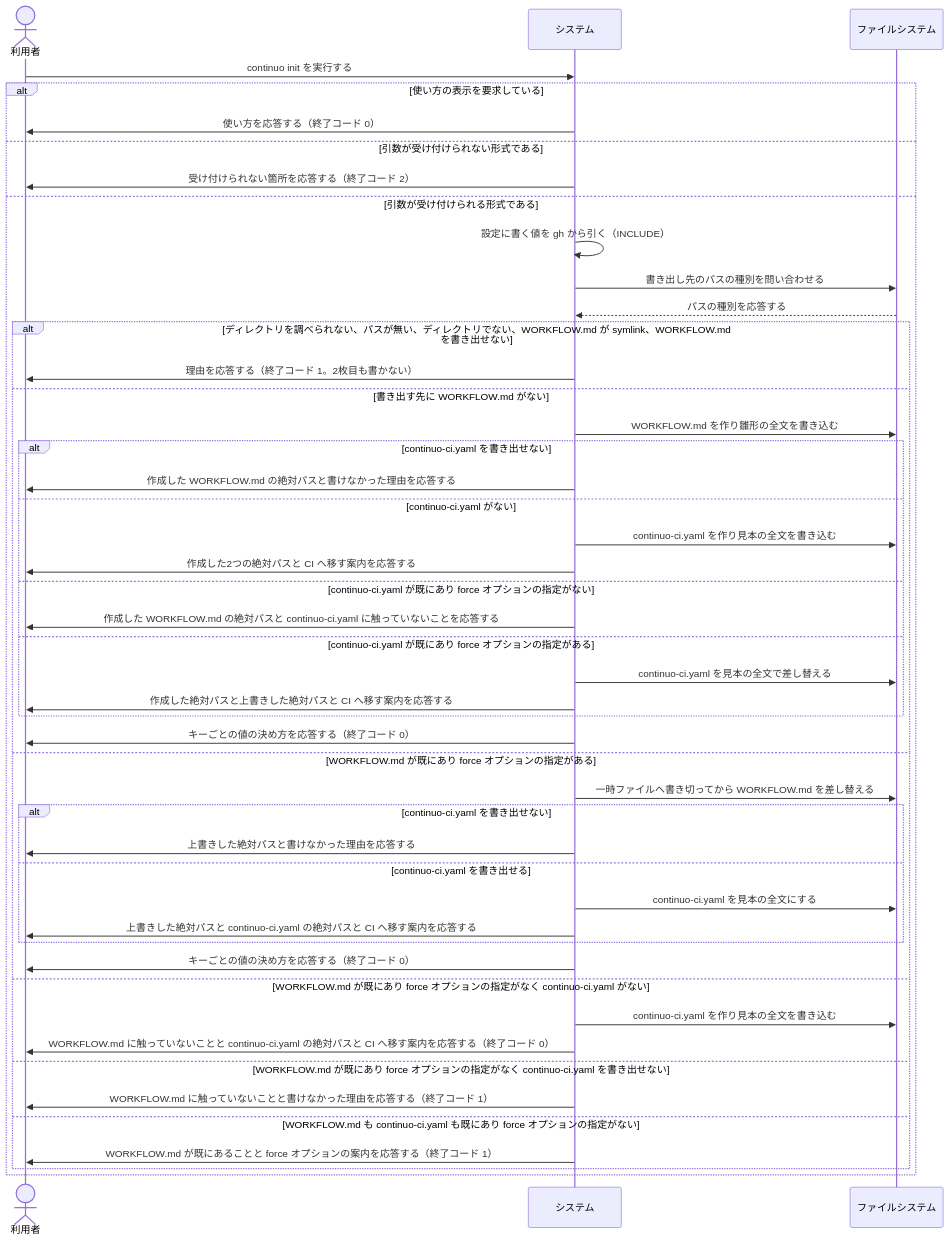
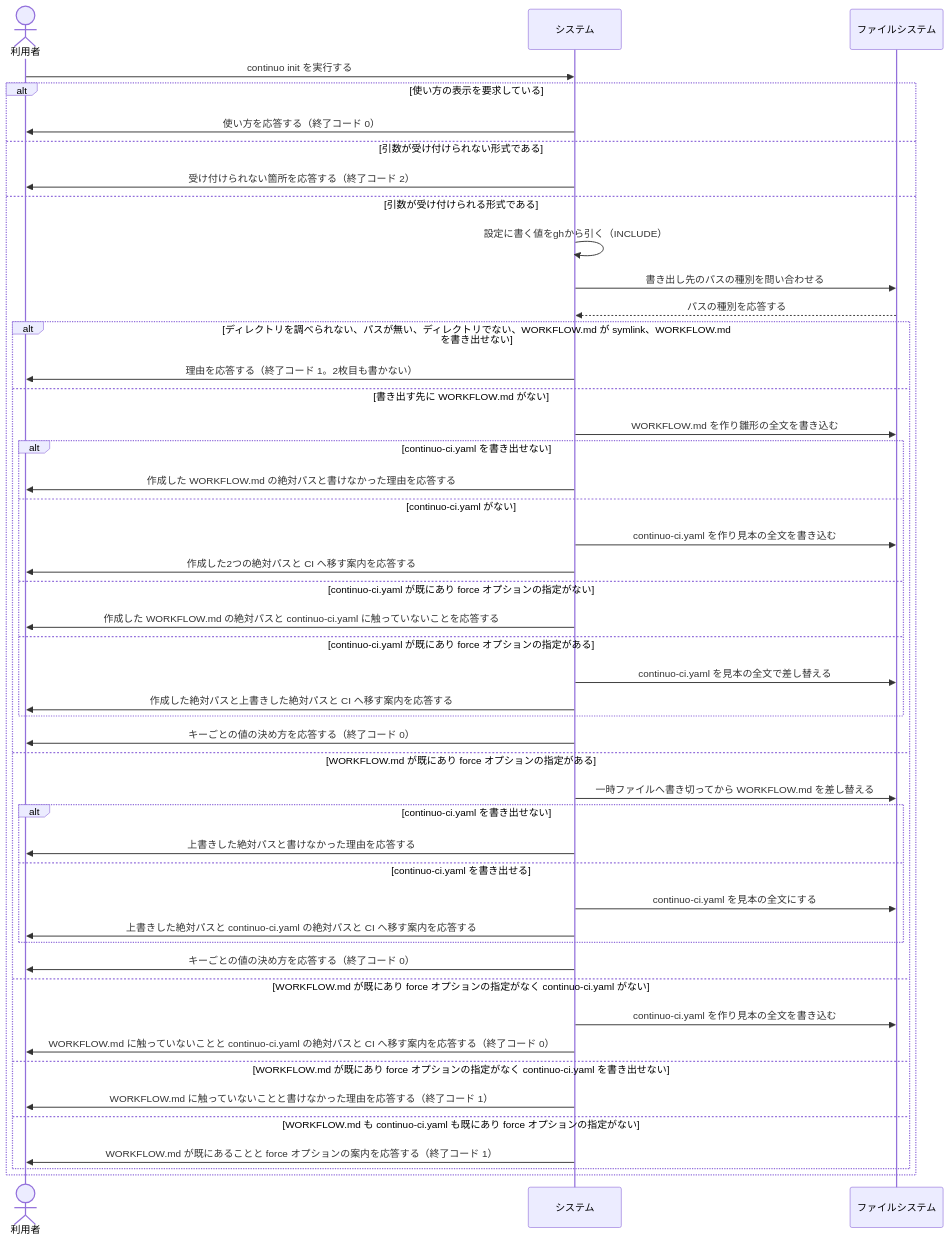
Before and after one commit to maimuzo/continuo: the second of 2 diagrams in docs/spec/usecases/particular_case/設定ファイルを作る.rucm.md, drawn with Mermaid. The commit also changed other lines of this file and 220 other files, not shown here.

````diff
--- a/docs/spec/usecases/particular_case/設定ファイルを作る.rucm.md
+++ b/docs/spec/usecases/particular_case/設定ファイルを作る.rucm.md
@@ -401,50 +401,50 @@
 ```mermaid
 sequenceDiagram
     actor 利用者
     participant システム
     participant ファイルシステム
 
     利用者->>システム: continuo init を実行する
     alt 使い方の表示を要求している
         システム->>利用者: 使い方を応答する（終了コード 0）
     else 引数が受け付けられない形式である
         システム->>利用者: 受け付けられない箇所を応答する（終了コード 2）
     else 引数が受け付けられる形式である
-        システム->>システム: 設定に書く値を gh から引く（INCLUDE）
+        システム->>システム: 設定に書く値をghから引く（INCLUDE）
         システム->>ファイルシステム: 書き出し先のパスの種別を問い合わせる
         ファイルシステム-->>システム: パスの種別を応答する
         alt ディレクトリを調べられない、パスが無い、ディレクトリでない、WORKFLOW.md が symlink、WORKFLOW.md を書き出せない
             システム->>利用者: 理由を応答する（終了コード 1。2枚目も書かない）
         else 書き出す先に WORKFLOW.md がない
             システム->>ファイルシステム: WORKFLOW.md を作り雛形の全文を書き込む
             alt continuo-ci.yaml を書き出せない
                 システム->>利用者: 作成した WORKFLOW.md の絶対パスと書けなかった理由を応答する
             else continuo-ci.yaml がない
                 システム->>ファイルシステム: continuo-ci.yaml を作り見本の全文を書き込む
                 システム->>利用者: 作成した2つの絶対パスと CI へ移す案内を応答する
             else continuo-ci.yaml が既にあり force オプションの指定がない
                 システム->>利用者: 作成した WORKFLOW.md の絶対パスと continuo-ci.yaml に触っていないことを応答する
             else continuo-ci.yaml が既にあり force オプションの指定がある
                 システム->>ファイルシステム: continuo-ci.yaml を見本の全文で差し替える
                 システム->>利用者: 作成した絶対パスと上書きした絶対パスと CI へ移す案内を応答する
             end
             システム->>利用者: キーごとの値の決め方を応答する（終了コード 0）
         else WORKFLOW.md が既にあり force オプションの指定がある
             システム->>ファイルシステム: 一時ファイルへ書き切ってから WORKFLOW.md を差し替える
             alt continuo-ci.yaml を書き出せない
                 システム->>利用者: 上書きした絶対パスと書けなかった理由を応答する
             else continuo-ci.yaml を書き出せる
                 システム->>ファイルシステム: continuo-ci.yaml を見本の全文にする
                 システム->>利用者: 上書きした絶対パスと continuo-ci.yaml の絶対パスと CI へ移す案内を応答する
             end
             システム->>利用者: キーごとの値の決め方を応答する（終了コード 0）
         else WORKFLOW.md が既にあり force オプションの指定がなく continuo-ci.yaml がない
             システム->>ファイルシステム: continuo-ci.yaml を作り見本の全文を書き込む
             システム->>利用者: WORKFLOW.md に触っていないことと continuo-ci.yaml の絶対パスと CI へ移す案内を応答する（終了コード 0）
         else WORKFLOW.md が既にあり force オプションの指定がなく continuo-ci.yaml を書き出せない
             システム->>利用者: WORKFLOW.md に触っていないことと書けなかった理由を応答する（終了コード 1）
         else WORKFLOW.md も continuo-ci.yaml も既にあり force オプションの指定がない
             システム->>利用者: WORKFLOW.md が既にあることと force オプションの案内を応答する（終了コード 1）
         end
     end
 ```
````
